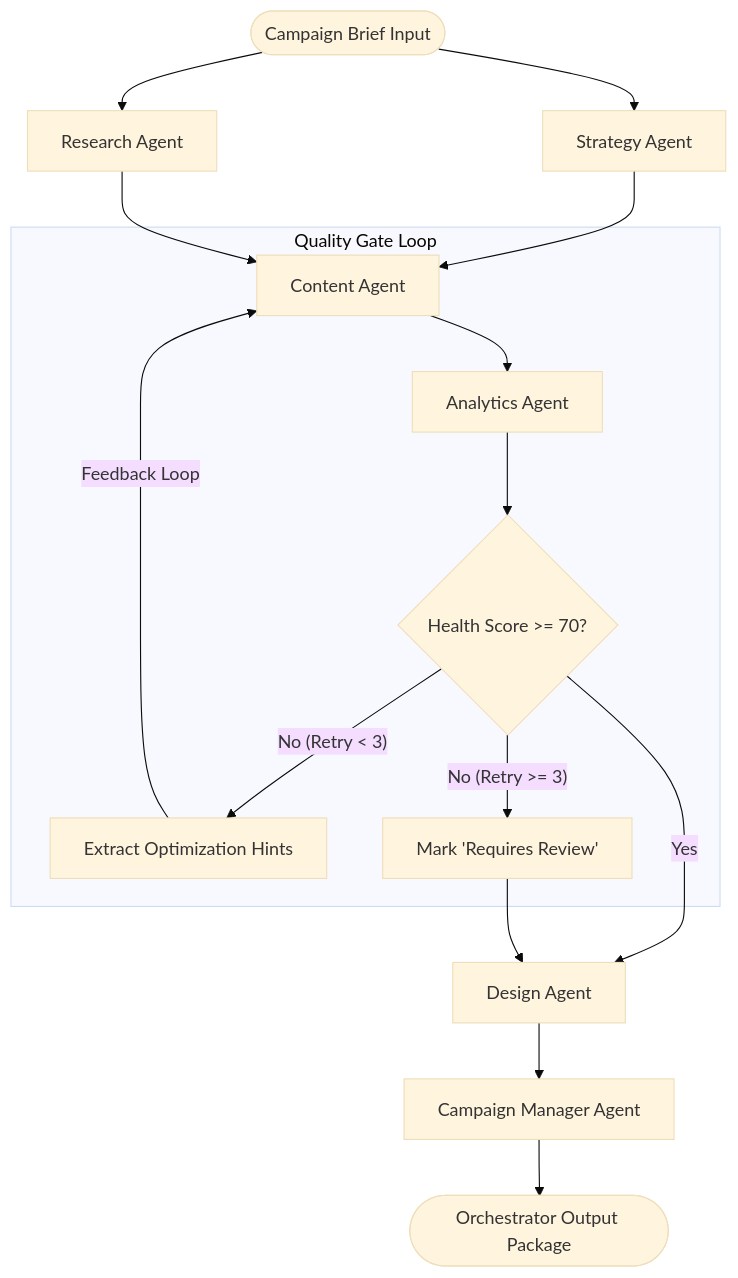
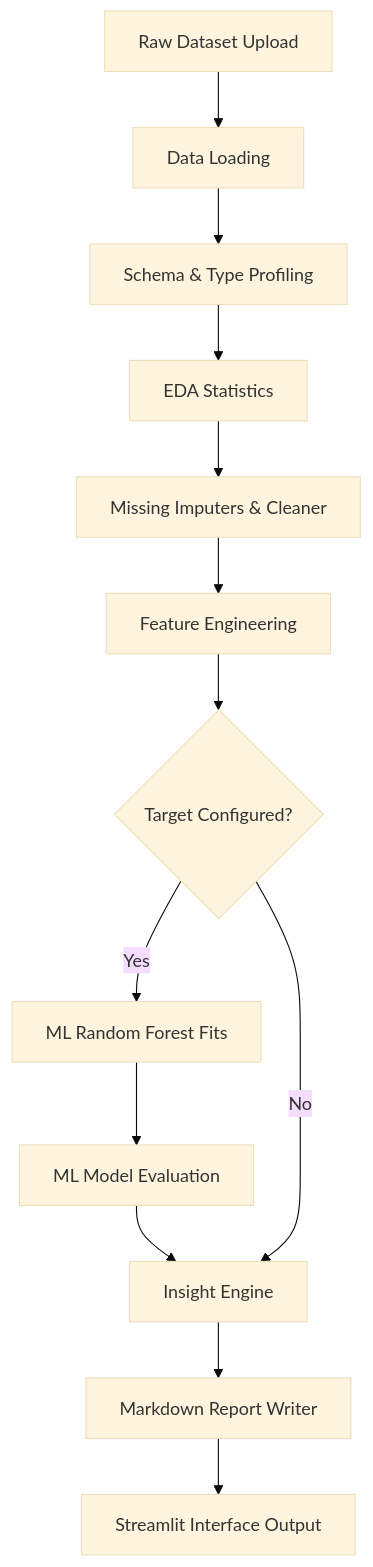
Before and after one commit to GhariebML/AutoAnalyst-AI: the diagram in README.md, drawn with Mermaid (base theme). The commit also changed other lines of this file and 538 other files, not shown here.

````diff
--- a/README.md
+++ b/README.md
@@ -58,23 +16,15 @@
 ```mermaid
 flowchart TD
-    Start([Campaign Brief Input]) --> Strategy[Strategy Agent]
-    Start --> Research[Research Agent]
-    
-    Strategy --> Content[Content Agent]
-    Research --> Content
-    
-    Content --> Analytics[Analytics Agent]
-    
-    subgraph Quality Gate Loop
-        Analytics --> ScoreCheck{Health Score >= 70?}
-        ScoreCheck -- No (Retry < 3) --> ExtractHints[Extract Optimization Hints]
-        ExtractHints -->|Feedback Loop| Content
-        ScoreCheck -- No (Retry >= 3) --> GateFail[Mark 'Requires Review']
-    end
-    
-    ScoreCheck -- Yes --> Design[Design Agent]
-    GateFail --> Design
-    
-    Design --> CampaignMgr[Campaign Manager Agent]
-    CampaignMgr --> Output([Orchestrator Output Package])
+    A[Raw Dataset Upload] --> B[Data Loading]
+    B --> C[Schema & Type Profiling]
+    C --> D[EDA Statistics]
+    D --> E[Missing Imputers & Cleaner]
+    E --> F[Feature Engineering]
+    F --> G{Target Configured?}
+    G -- Yes --> H[ML Random Forest Fits]
+    H --> I[ML Model Evaluation]
+    I --> J[Insight Engine]
+    G -- No --> J[Insight Engine]
+    J --> K[Markdown Report Writer]
+    K --> L[Streamlit Interface Output]
 ```
````
